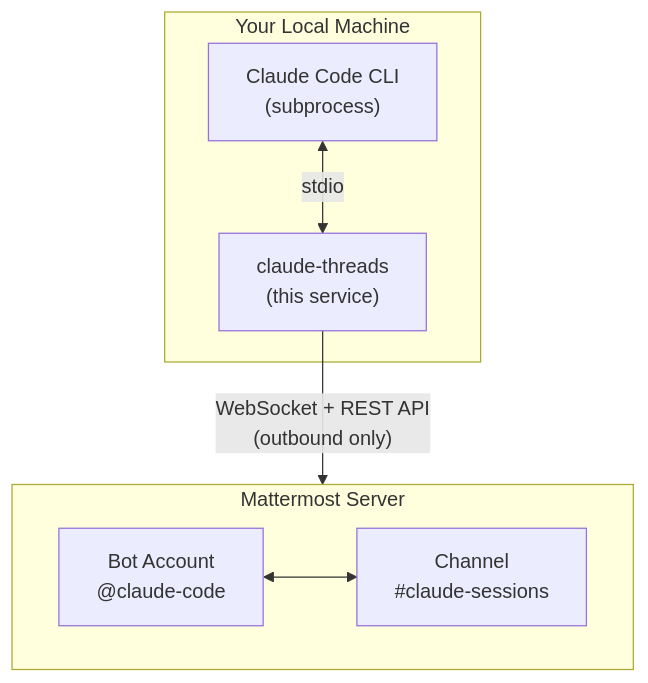
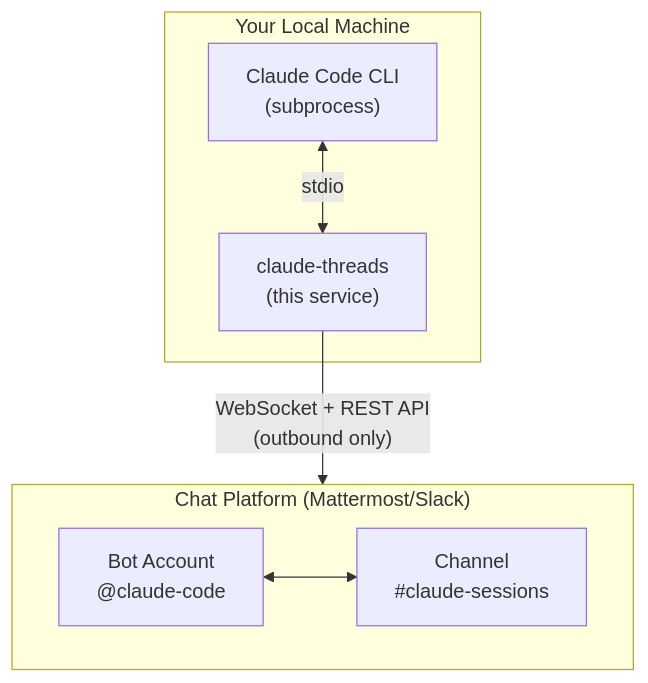
Before and after one commit to anneschuth/claude-threads: the diagram in README.md, drawn with Mermaid. The commit also changed other lines of this file and 78 other files, not shown here.

First line of the commit message:
feat: Add Slack platform support with integration tests (#77)

````diff
--- a/README.md
+++ b/README.md
@@ -38,16 +39,16 @@
 ```mermaid
 flowchart TB
     subgraph local["Your Local Machine"]
         cli["Claude Code CLI<br/>(subprocess)"]
         mm["claude-threads<br/>(this service)"]
         cli <-->|"stdio"| mm
     end
 
-    subgraph server["Mattermost Server"]
+    subgraph server["Chat Platform (Mattermost/Slack)"]
         bot["Bot Account<br/>@claude-code"]
         channel["Channel<br/>#claude-sessions"]
         bot <--> channel
     end
 
     mm -->|"WebSocket + REST API<br/>(outbound only)"| server
 ```
````
